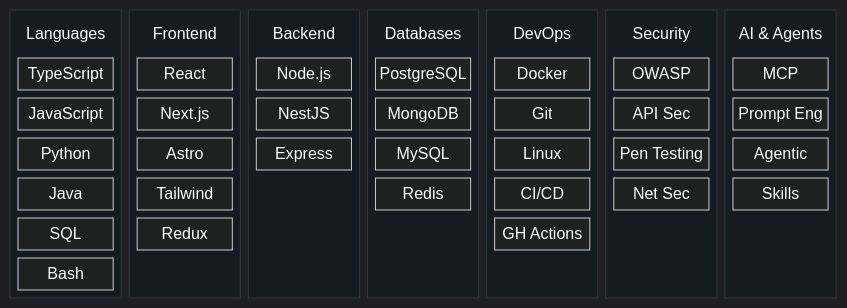
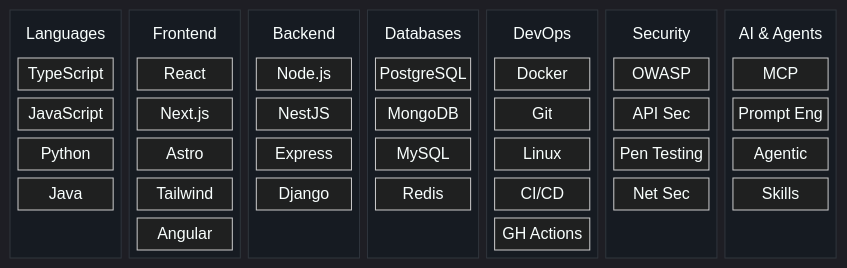
The diagram in README.md (iamcristian/iamcristian), drawn with Mermaid before and after one commit. The commit also changed other lines of this file, not shown here.

```diff
--- a/README.md
+++ b/README.md
@@ -29,8 +29,7 @@
     l2["JavaScript"]
     l3["Python"]
     l4["Java"]
-    l5["SQL"]
-    l6["Bash"]
+    space
   end
 
   block:FE:1
@@ -40,8 +39,7 @@
     f2["Next.js"]
     f3["Astro"]
     f4["Tailwind"]
-    f5["Redux"]
-    space
+    f5["Angular"]
   end
 
   block:BE:1
@@ -50,8 +48,7 @@
     b1["Node.js"]
     b2["NestJS"]
     b3["Express"]
-    space
-    space
+    B4["Django"]
     space
   end
 
@@ -63,7 +60,6 @@
     d3["MySQL"]
     d4["Redis"]
     space
-    space
   end
 
   block:DO:1
@@ -74,7 +70,6 @@
     o3["Linux"]
     o4["CI/CD"]
     o5["GH Actions"]
-    space
   end
 
   block:SEC:1
@@ -85,7 +80,6 @@
     s3["Pen Testing"]
     s4["Net Sec"]
     space
-    space
   end
 
   block:AI:1
@@ -95,7 +89,6 @@
     a2["Prompt Eng"]
     a3["Agentic"]
     a4["Skills"]
-    space
     space
   end
 
```
